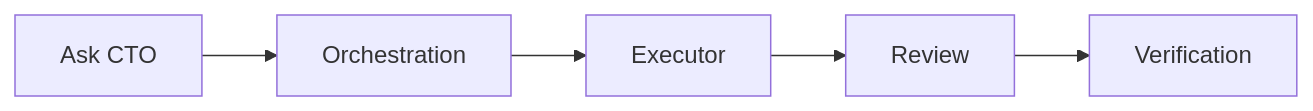
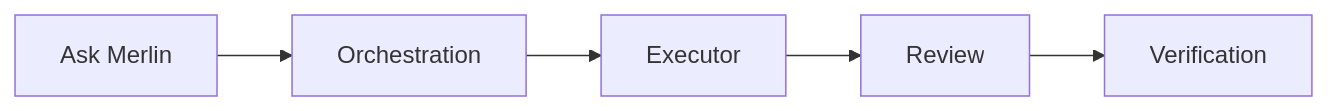
One commit to merllinsbeard/merlin-CTO changed the first of 2 diagrams in README.md. Above: the diagram before and after it, drawn with Mermaid. The commit also changed other lines of this file and 7 other files, not shown here.

First line of the commit message:
Replace ask-cto with /ask-merlin covering merlin-cto

````diff
--- a/README.md
+++ b/README.md
@@ -49,7 +49,7 @@
 ```mermaid
 flowchart LR
-  A[Ask CTO] --> B[Orchestration]
+  A[Ask Merlin] --> B[Orchestration]
   B --> C[Executor]
   C --> D[Review]
   D --> E[Verification]
 ```
````
